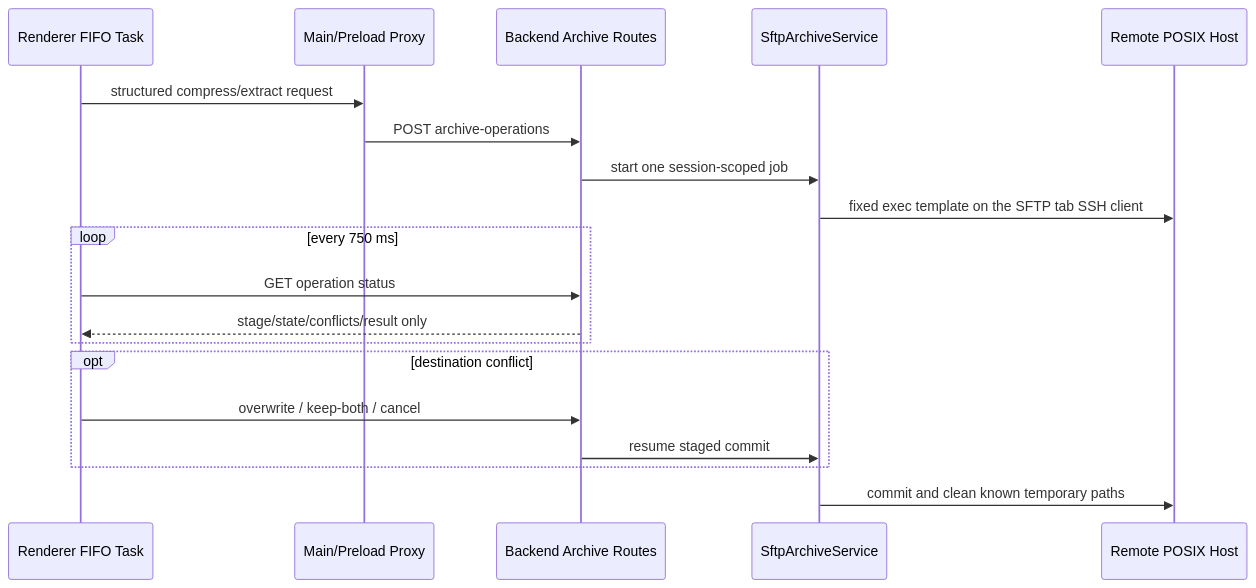
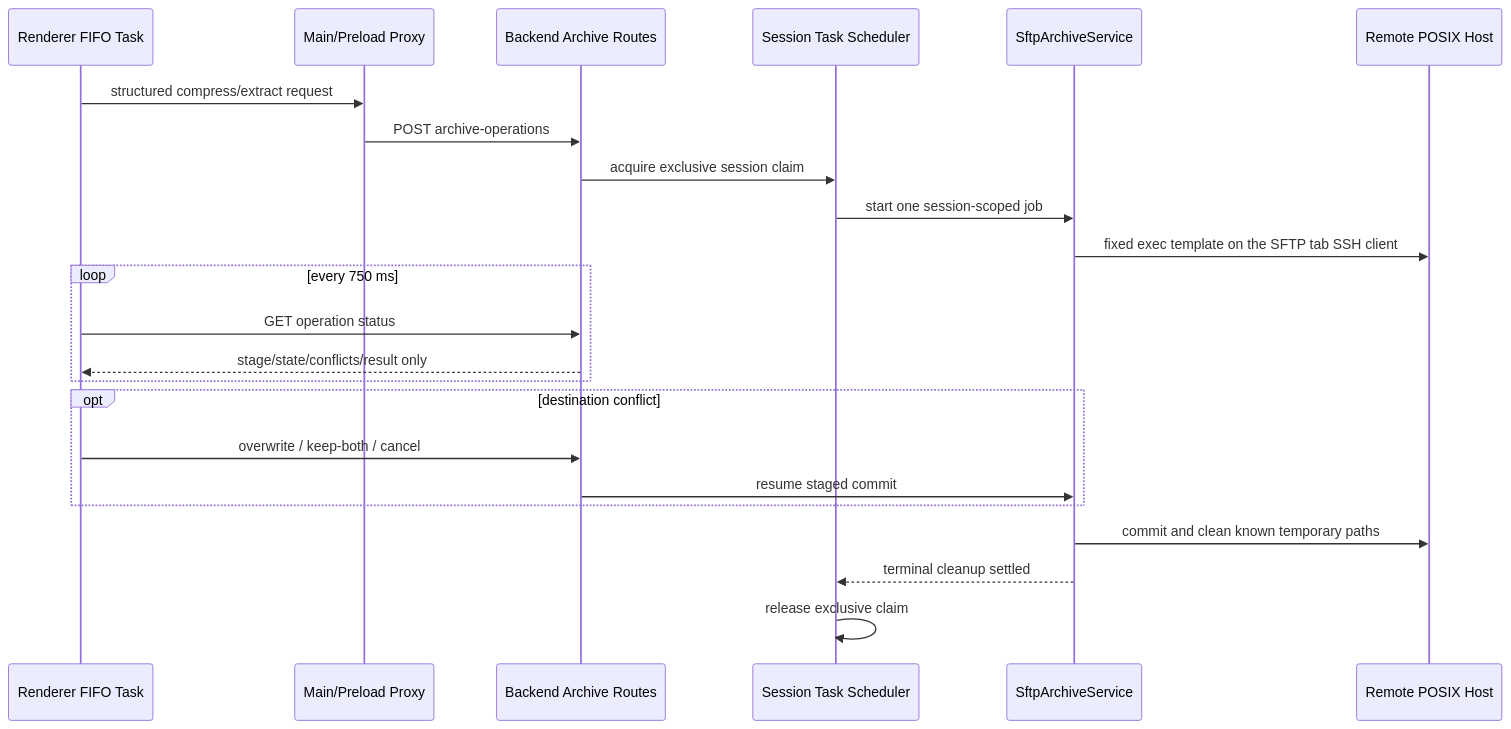
One commit to XYZ1024-alt/Cosmosh changed the ninth of 14 diagrams in docs/developer/core/architecture.md. Above: the diagram before and after it, drawn with Mermaid. The commit also changed other lines of this file and 19 other files, not shown here.

````diff
--- a/docs/developer/core/architecture.md
+++ b/docs/developer/core/architecture.md
@@ -323,22 +353,26 @@
 ```mermaid
 sequenceDiagram
   participant UI as Renderer FIFO Task
   participant MP as Main/Preload Proxy
   participant API as Backend Archive Routes
+  participant SCH as Session Task Scheduler
   participant AS as SftpArchiveService
   participant RH as Remote POSIX Host
 
   UI->>MP: structured compress/extract request
   MP->>API: POST archive-operations
-  API->>AS: start one session-scoped job
+  API->>SCH: acquire exclusive session claim
+  SCH->>AS: start one session-scoped job
   AS->>RH: fixed exec template on the SFTP tab SSH client
   loop every 750 ms
     UI->>API: GET operation status
     API-->>UI: stage/state/conflicts/result only
   end
   opt destination conflict
     UI->>API: overwrite / keep-both / cancel
     API->>AS: resume staged commit
   end
   AS->>RH: commit and clean known temporary paths
+  AS-->>SCH: terminal cleanup settled
+  SCH->>SCH: release exclusive claim
 ```
````
